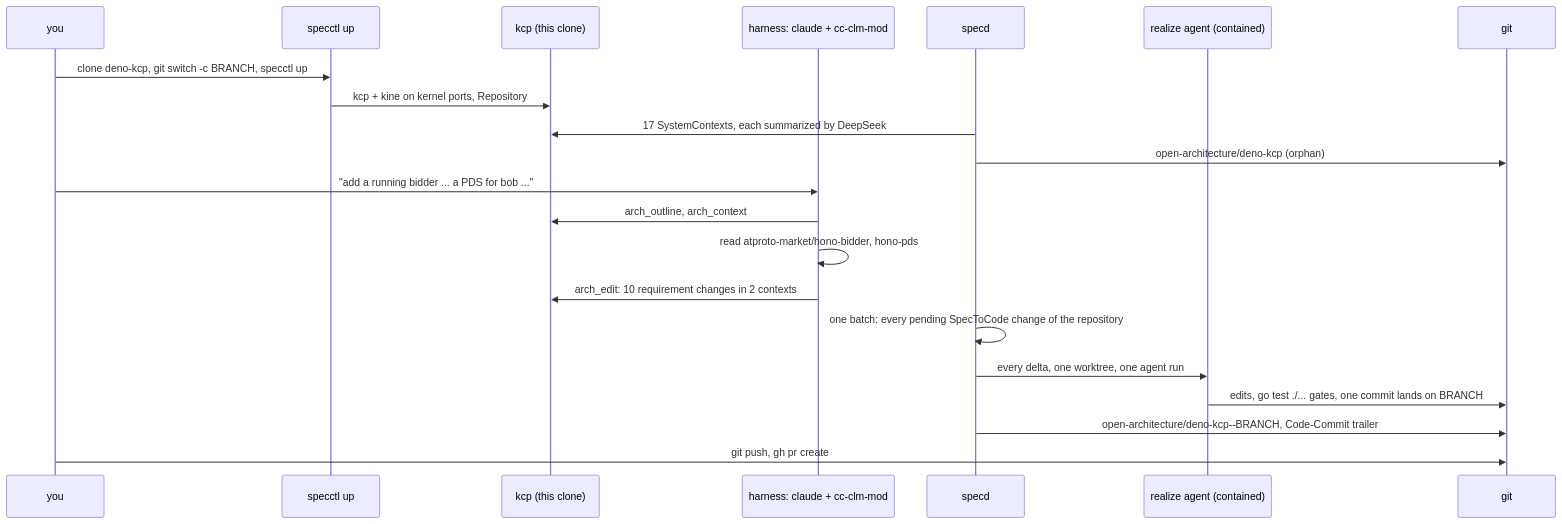
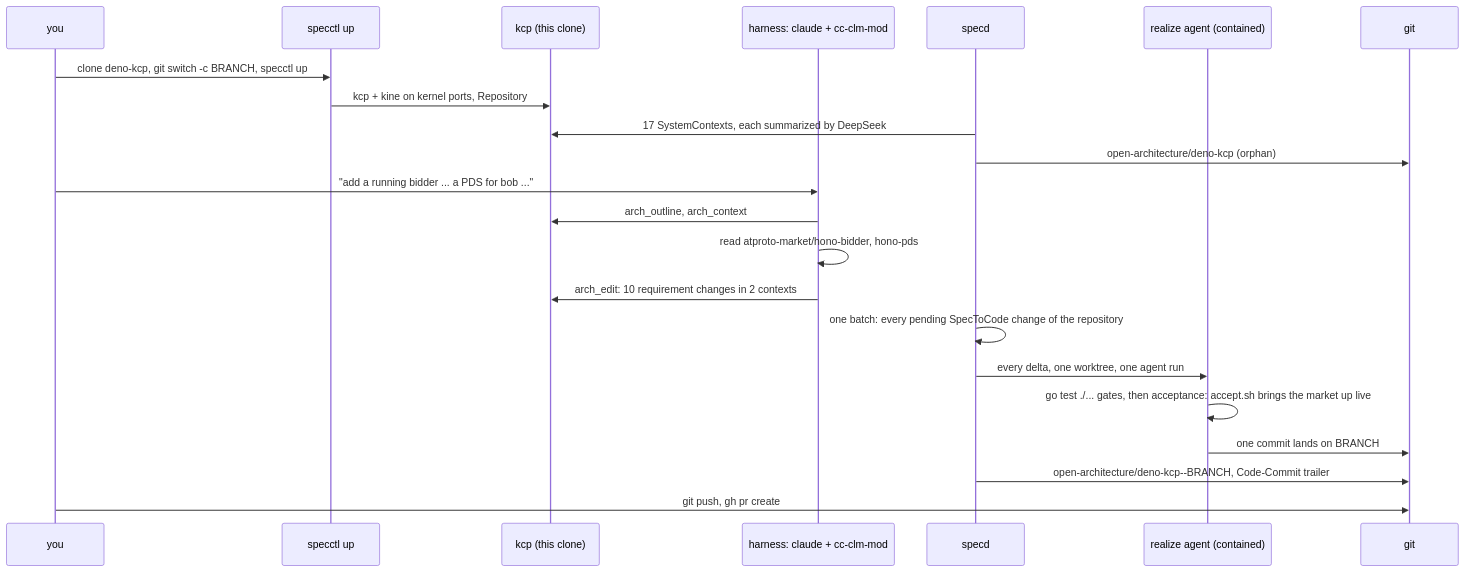
The diagram in docs/examples/deno-kcp-pr.md (publicdomainrelay/graph-clm-kcp-spec), drawn with Mermaid before and after one commit. The commit also changed other lines of this file and 2 other files, not shown here.

First line of the commit message:
docs: the deno-kcp live acceptance ran, and it is red outside deno-kcp

````diff
--- a/docs/examples/deno-kcp-pr.md
+++ b/docs/examples/deno-kcp-pr.md
@@ -18,23 +18,24 @@
 ```mermaid
 sequenceDiagram
     participant U as you
     participant C as specctl up
     participant K as kcp (this clone)
     participant H as harness: claude + cc-clm-mod
     participant S as specd
     participant R as realize agent (contained)
     participant G as git
     U->>C: clone deno-kcp, git switch -c BRANCH, specctl up
     C->>K: kcp + kine on kernel ports, Repository
     S->>K: 17 SystemContexts, each summarized by DeepSeek
     S->>G: open-architecture/deno-kcp (orphan)
     U->>H: "add a running bidder ... a PDS for bob ..."
     H->>K: arch_outline, arch_context
     H->>H: read atproto-market/hono-bidder, hono-pds
     H->>K: arch_edit: 10 requirement changes in 2 contexts
     S->>S: one batch: every pending SpecToCode change of the repository
     S->>R: every delta, one worktree, one agent run
-    R->>G: edits, go test ./... gates, one commit lands on BRANCH
+    R->>R: go test ./... gates, then acceptance: accept.sh brings the market up live
+    R->>G: one commit lands on BRANCH
     S->>G: open-architecture/deno-kcp--BRANCH, Code-Commit trailer
     U->>G: git push, gh pr create
 ```
````
